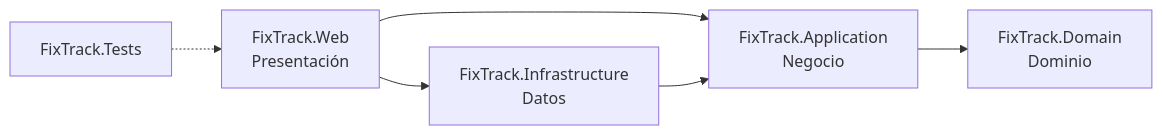
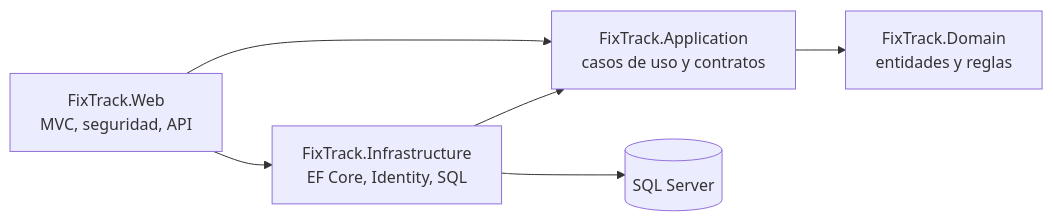
One commit to JJMonzon072/fixtrack changed the diagram in README.md. Above: the diagram before and after it, drawn with Mermaid. The commit also changed other lines of this file, not shown here.

````diff
--- a/README.md
+++ b/README.md
@@ -374,8 +75,8 @@
 ```mermaid
 flowchart LR
-    Web[FixTrack.Web<br/>Presentación] --> Application[FixTrack.Application<br/>Negocio]
-    Web --> Infrastructure[FixTrack.Infrastructure<br/>Datos]
+    Web["FixTrack.Web<br/>MVC, seguridad, API"] --> Application["FixTrack.Application<br/>casos de uso y contratos"]
+    Web --> Infrastructure["FixTrack.Infrastructure<br/>EF Core, Identity, SQL"]
     Infrastructure --> Application
-    Application --> Domain[FixTrack.Domain<br/>Dominio]
-    Tests[FixTrack.Tests] -.-> Web
+    Application --> Domain["FixTrack.Domain<br/>entidades y reglas"]
+    Infrastructure --> SQL[("SQL Server")]
 ```
````
